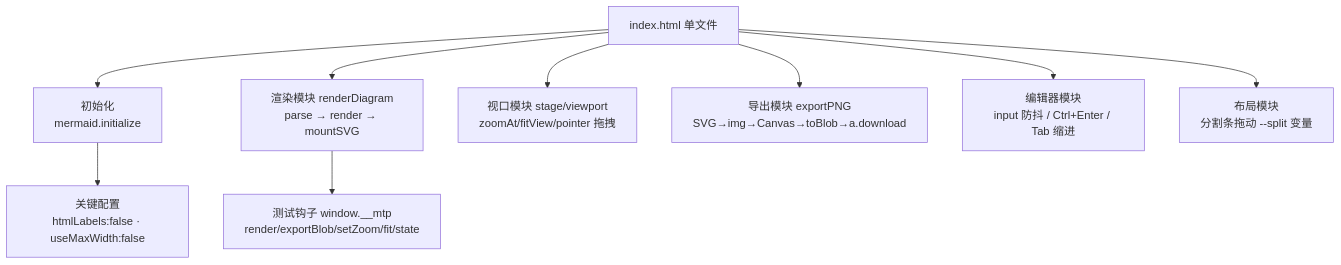
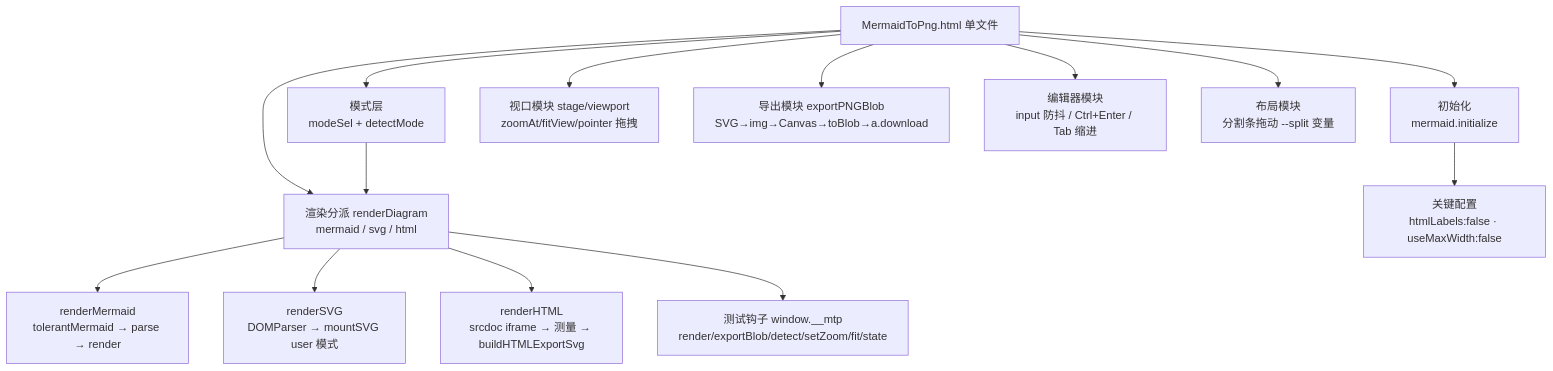
The diagram in ARCHITECTURE.md (linke-e/MermaidToPng), drawn with Mermaid before and after one commit. The commit also changed other lines of this file and 3 other files, not shown here.

````diff
--- a/ARCHITECTURE.md
+++ b/ARCHITECTURE.md
@@ -37,11 +43,16 @@
 ```mermaid
 graph TD
-  A[index.html 单文件] --> B[初始化<br>mermaid.initialize]
-  A --> C[渲染模块 renderDiagram<br>parse → render → mountSVG]
+  A[MermaidToPng.html 单文件] --> B[初始化<br>mermaid.initialize]
+  A --> O[模式层<br>modeSel + detectMode]
+  A --> C[渲染分派 renderDiagram<br>mermaid / svg / html]
   A --> D[视口模块 stage/viewport<br>zoomAt/fitView/pointer 拖拽]
-  A --> E[导出模块 exportPNG<br>SVG→img→Canvas→toBlob→a.download]
+  A --> E[导出模块 exportPNGBlob<br>SVG→img→Canvas→toBlob→a.download]
   A --> F[编辑器模块<br>input 防抖 / Ctrl+Enter / Tab 缩进]
   A --> G[布局模块<br>分割条拖动 --split 变量]
+  O --> C
+  C --> C1[renderMermaid<br>tolerantMermaid → parse → render]
+  C --> C2[renderSVG<br>DOMParser → mountSVG user 模式]
+  C --> C3[renderHTML<br>srcdoc iframe → 测量 → buildHTMLExportSvg]
   B --> H[关键配置<br>htmlLabels:false · useMaxWidth:false]
-  C --> I[测试钩子 window.__mtp<br>render/exportBlob/setZoom/fit/state]
+  C --> I[测试钩子 window.__mtp<br>render/exportBlob/detect/setZoom/fit/state]
 ```
````
